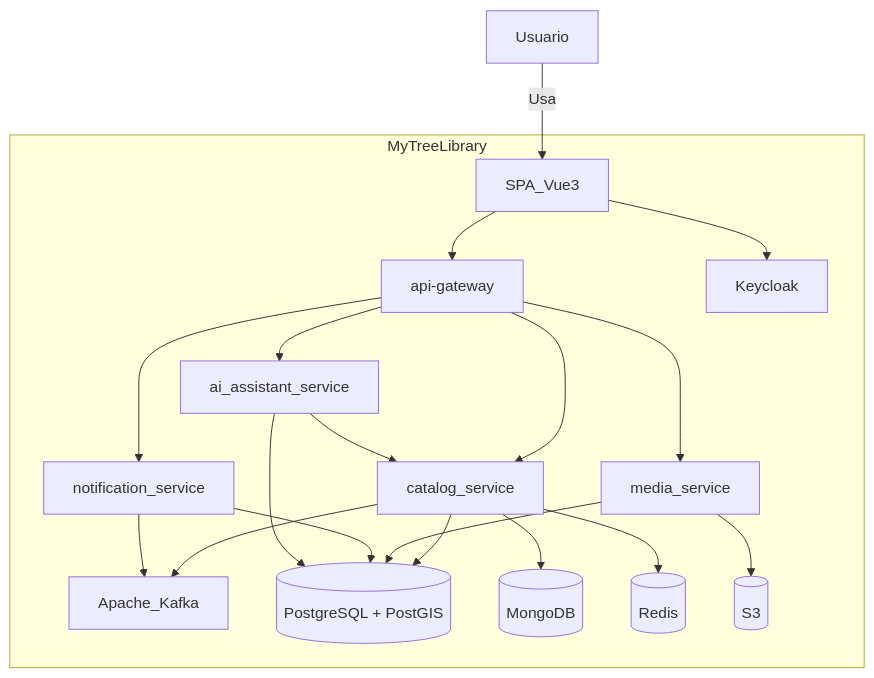
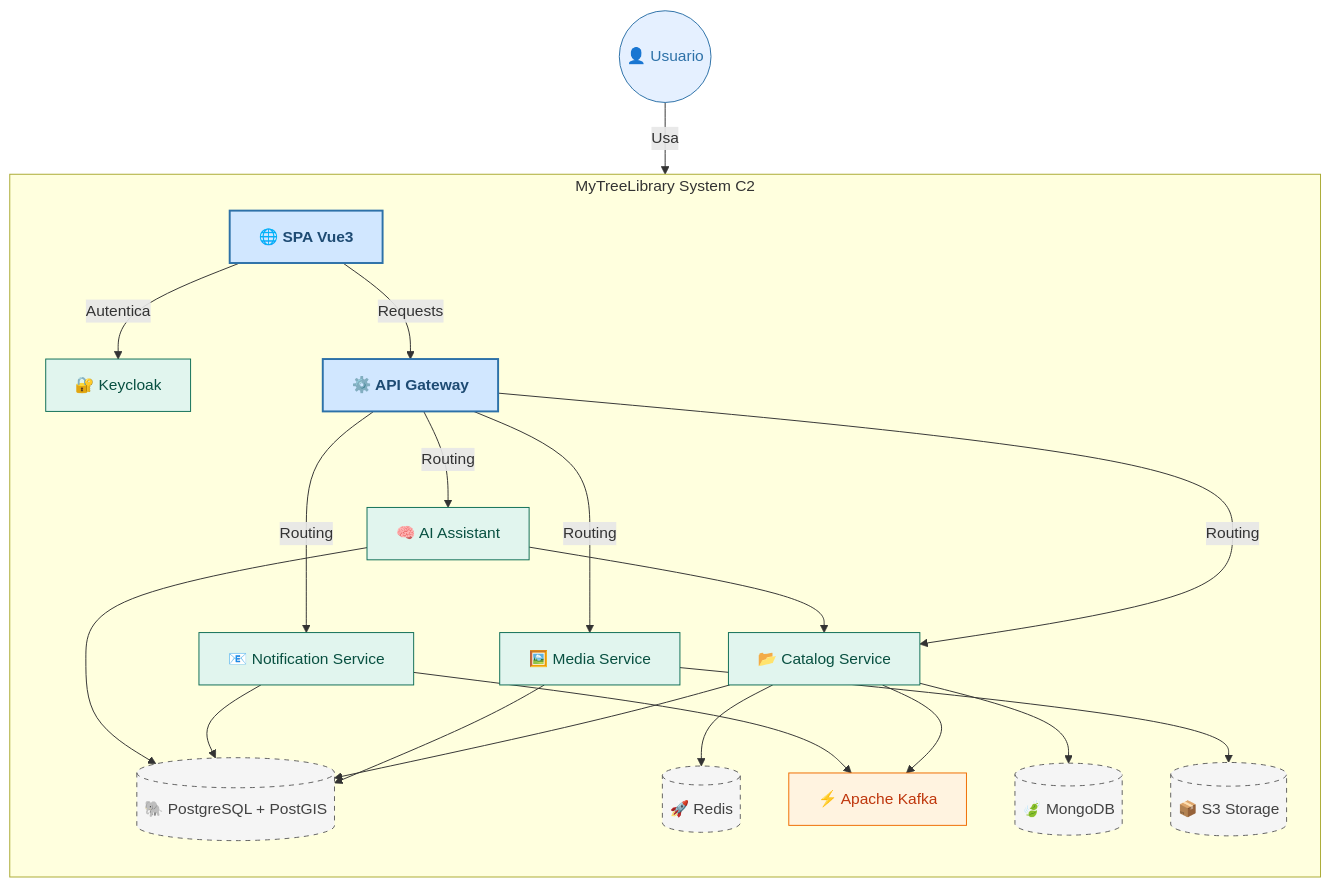
One commit to LIDR-academy/AI4Devs-finalproject changed the second of 18 diagrams in readme.md. Above: the diagram before and after it, drawn with Mermaid.

Commit message:
Mejoras diseño C2

````diff
--- a/readme.md
+++ b/readme.md
@@ -258,34 +258,59 @@
 ```mermaid
 flowchart TB
-  subgraph mtl [MyTreeLibrary]
-    SPA[SPA_Vue3]
-    GW[api-gateway]
-    KC[Keycloak]
-    CAT[catalog_service]
-    MED[media_service]
-    NOT[notification_service]
-    AIS[ai_assistant_service]
-    K[Apache_Kafka]
-    PG[(PostgreSQL + PostGIS)]
-    MG[(MongoDB)]
-    RD[(Redis)]
-    OBJ[(S3)]
-  end
-  U[Usuario] -->|Usa| SPA
-  SPA --> GW
-  SPA --> KC
-  GW --> CAT
-  GW --> MED
-  GW --> AIS
-  GW --> NOT
-  CAT --> PG
-  CAT --> RD
-  CAT --> K
-  CAT --> MG
-  MED --> PG
-  MED --> OBJ
-  NOT --> PG
-  NOT --> K
-  AIS --> PG
-  AIS --> CAT
+    %% --- Estilos ---
+    classDef user fill:#E5F0FF,stroke:#2D71A8,stroke-width:1px,color:#2D71A8;
+    classDef web fill:#D1E7FF,stroke:#2D71A8,stroke-width:2px,color:#1E4B73,font-weight:bold;
+    classDef service fill:#E1F5EE,stroke:#0F6E56,stroke-width:1px,color:#085041;
+    classDef infra fill:#FFF3E0,stroke:#EF6C00,stroke-width:1px,color:#BF360C;
+    classDef db fill:#F5F5F5,stroke:#616161,stroke-width:1px,color:#424242,stroke-dasharray: 5 5;
+
+    %% --- Usuario ---
+    U(("👤 Usuario")):::user
+
+    %% --- Límite del Sistema ---
+    subgraph MyTreeLibrary [MyTreeLibrary System C2]
+        direction TB
+        
+        %% Frontend y Entrada
+        SPA["🌐 SPA Vue3"]:::web
+        GW["⚙️ API Gateway"]:::web
+        
+        %% Servicios
+        KC["🔐 Keycloak"]:::service
+        CAT["📂 Catalog Service"]:::service
+        MED["🖼️ Media Service"]:::service
+        NOT["📧 Notification Service"]:::service
+        AIS["🧠 AI Assistant"]:::service
+        
+        %% Infraestructura y Datos
+        K["⚡ Apache Kafka"]:::infra
+        PG[("🐘 PostgreSQL + PostGIS")]:::db
+        MG[("🍃 MongoDB")]:::db
+        RD[("🚀 Redis")]:::db
+        OBJ[("📦 S3 Storage")]:::db
+    end
+
+    %% --- Relaciones ---
+    U -->|Usa| SPA
+    SPA -->|Autentica| KC
+    SPA -->|Requests| GW
+    
+    GW -->|Routing| CAT
+    GW -->|Routing| MED
+    GW -->|Routing| AIS
+    GW -->|Routing| NOT
+    
+    CAT --> PG
+    CAT --> RD
+    CAT --> K
+    CAT --> MG
+    
+    MED --> PG
+    MED --> OBJ
+    
+    NOT --> PG
+    NOT --> K
+    
+    AIS --> PG
+    AIS --> CAT
 ```
````
